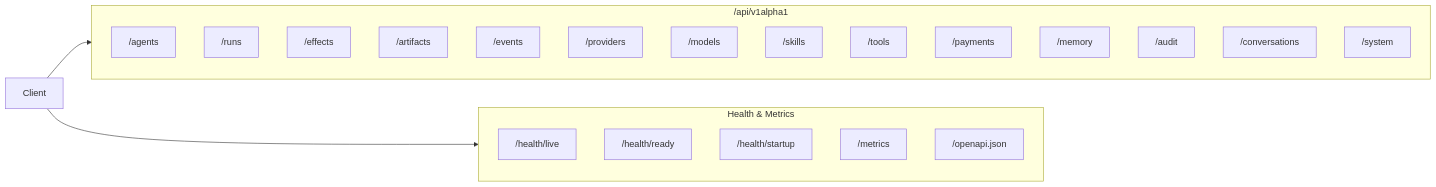
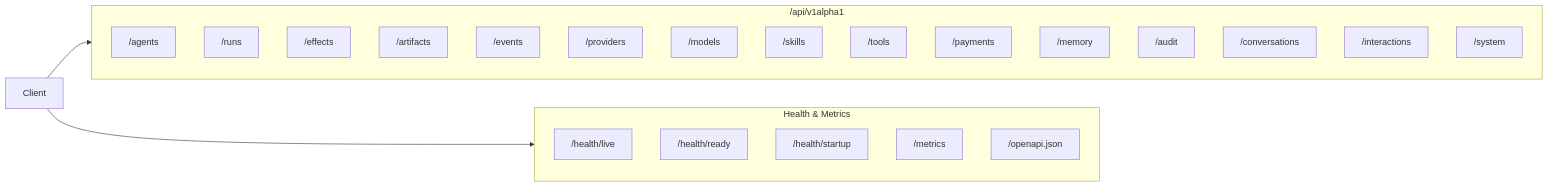
Before and after one commit to wpank/polkagent: the first of 4 diagrams in docs/api.md, drawn with Mermaid. The commit also changed other lines of this file and 11 other files, not shown here.

````diff
--- a/docs/api.md
+++ b/docs/api.md
@@ -13,30 +13,31 @@
 ```mermaid
 graph LR
     subgraph API["/api/v1alpha1"]
         AG["/agents"]
         RN["/runs"]
         EF["/effects"]
         AR["/artifacts"]
         EV["/events"]
         PR["/providers"]
         MD["/models"]
         SK["/skills"]
         TL["/tools"]
         PM["/payments"]
         MM["/memory"]
         AU["/audit"]
         CV["/conversations"]
+        IN["/interactions"]
         SY["/system"]
     end
 
     subgraph Health["Health & Metrics"]
         HL["/health/live"]
         HR["/health/ready"]
         HS["/health/startup"]
         MT["/metrics"]
         OA["/openapi.json"]
     end
 
     CLIENT["Client"] --> API
     CLIENT --> Health
 ```
````
